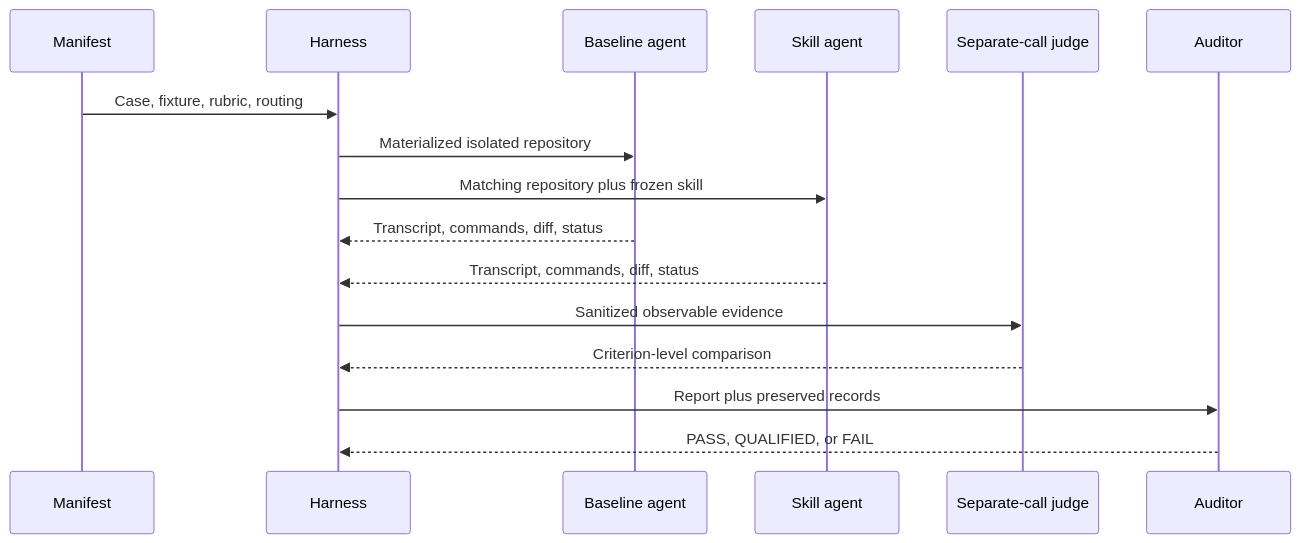
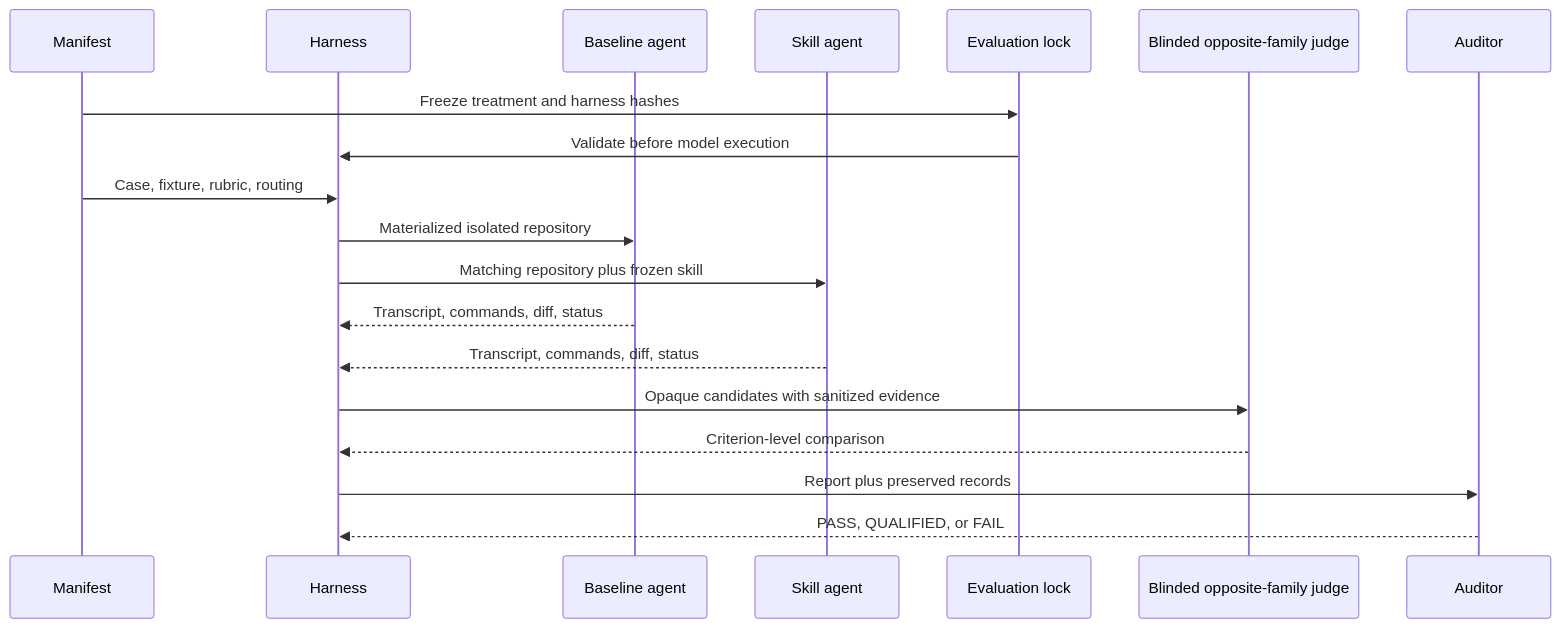
The diagram in evals/README.md (abdul-shaikh-dev/code-territory-guide), drawn with Mermaid before and after one commit. The commit also changed other lines of this file and 22 other files, not shown here.

````diff
--- a/evals/README.md
+++ b/evals/README.md
@@ -27,18 +27,21 @@
 ```mermaid
 sequenceDiagram
     participant M as Manifest
     participant H as Harness
     participant B as Baseline agent
     participant T as Skill agent
-    participant J as Separate-call judge
+    participant L as Evaluation lock
+    participant J as Blinded opposite-family judge
     participant A as Auditor
+    M->>L: Freeze treatment and harness hashes
+    L->>H: Validate before model execution
     M->>H: Case, fixture, rubric, routing
     H->>B: Materialized isolated repository
     H->>T: Matching repository plus frozen skill
     B-->>H: Transcript, commands, diff, status
     T-->>H: Transcript, commands, diff, status
-    H->>J: Sanitized observable evidence
+    H->>J: Opaque candidates with sanitized evidence
     J-->>H: Criterion-level comparison
     H->>A: Report plus preserved records
     A-->>H: PASS, QUALIFIED, or FAIL
 ```
````
